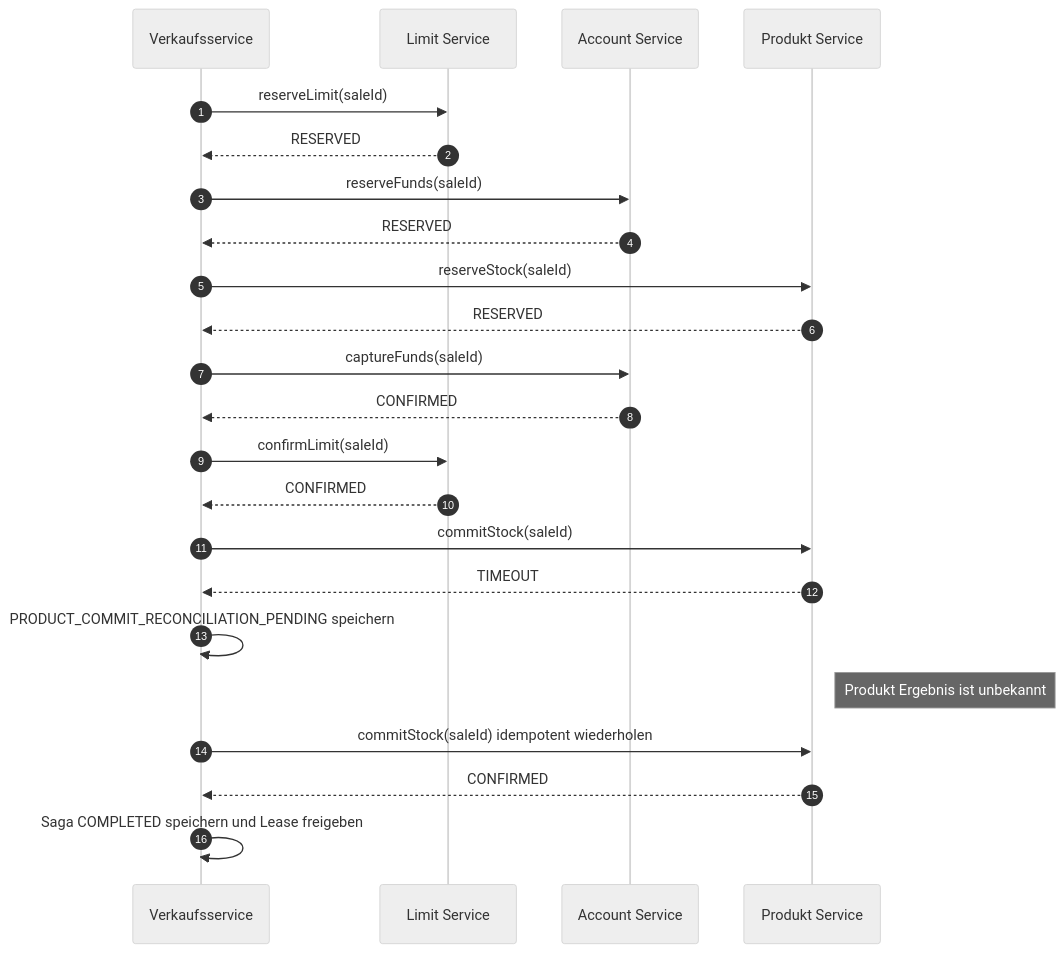
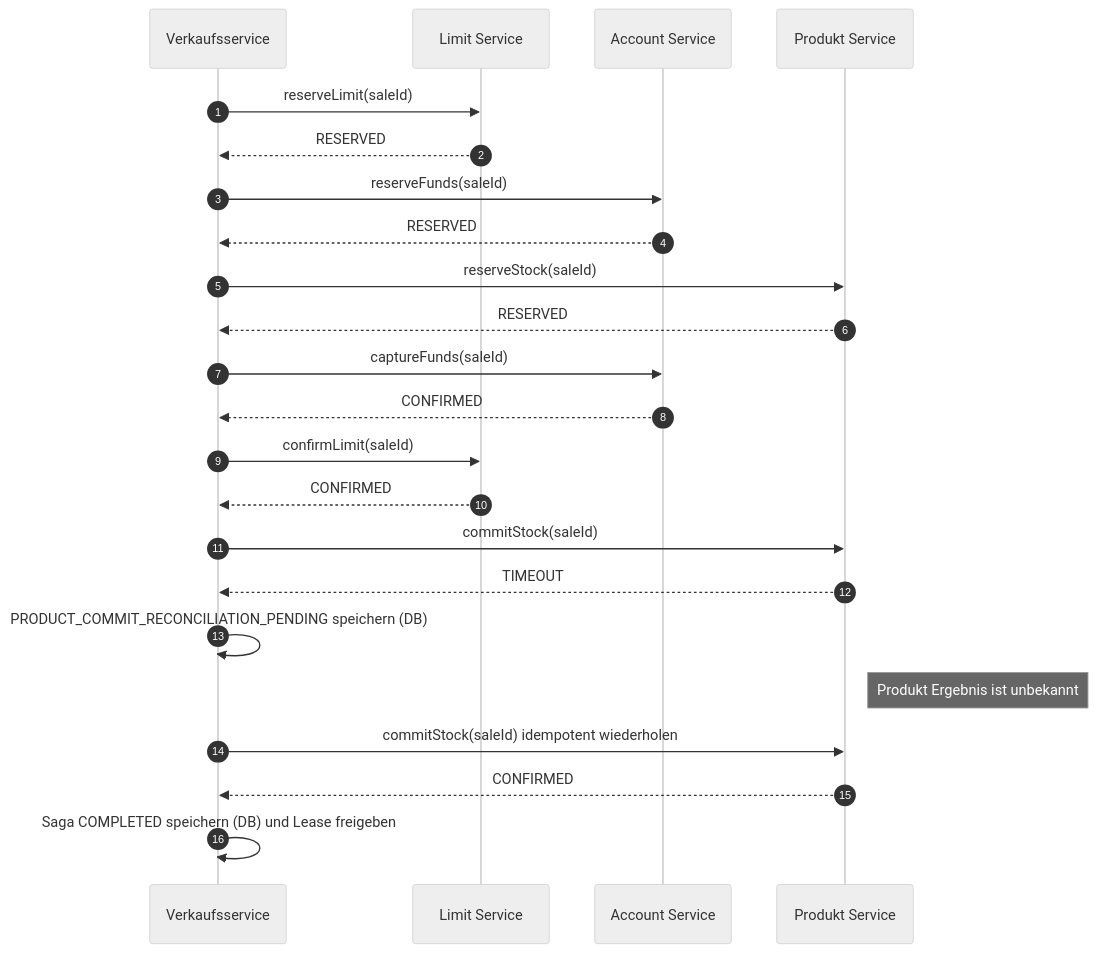
Before and after one commit to Adrian-Hansen-dev/second-hand-ticket-app: diagram 12 of 29 in project-2/abgabe_projekt_2.md, drawn with Mermaid (neutral theme). The commit also changed other lines of this file, not shown here.

First line of the commit message:
Projekt 2: Persistenz und Recovery ergänzt

````diff
--- a/project-2/abgabe_projekt_2.md
+++ b/project-2/abgabe_projekt_2.md
@@ -412,27 +434,27 @@
 ```mermaid
 sequenceDiagram
     autonumber
     participant VS as Verkaufsservice
     participant LS as Limit Service
     participant AS as Account Service
     participant PS as Produkt Service
 
     VS->>LS: reserveLimit(saleId)
     LS-->>VS: RESERVED
     VS->>AS: reserveFunds(saleId)
     AS-->>VS: RESERVED
     VS->>PS: reserveStock(saleId)
     PS-->>VS: RESERVED
     VS->>AS: captureFunds(saleId)
     AS-->>VS: CONFIRMED
     VS->>LS: confirmLimit(saleId)
     LS-->>VS: CONFIRMED
 
     VS->>PS: commitStock(saleId)
     PS-->>VS: TIMEOUT
-    VS->>VS: PRODUCT_COMMIT_RECONCILIATION_PENDING speichern
+    VS->>VS: PRODUCT_COMMIT_RECONCILIATION_PENDING speichern (DB)
     Note right of PS: Produkt Ergebnis ist unbekannt
     VS->>PS: commitStock(saleId) idempotent wiederholen
     PS-->>VS: CONFIRMED
-    VS->>VS: Saga COMPLETED speichern und Lease freigeben
+    VS->>VS: Saga COMPLETED speichern (DB) und Lease freigeben
 ```
````
